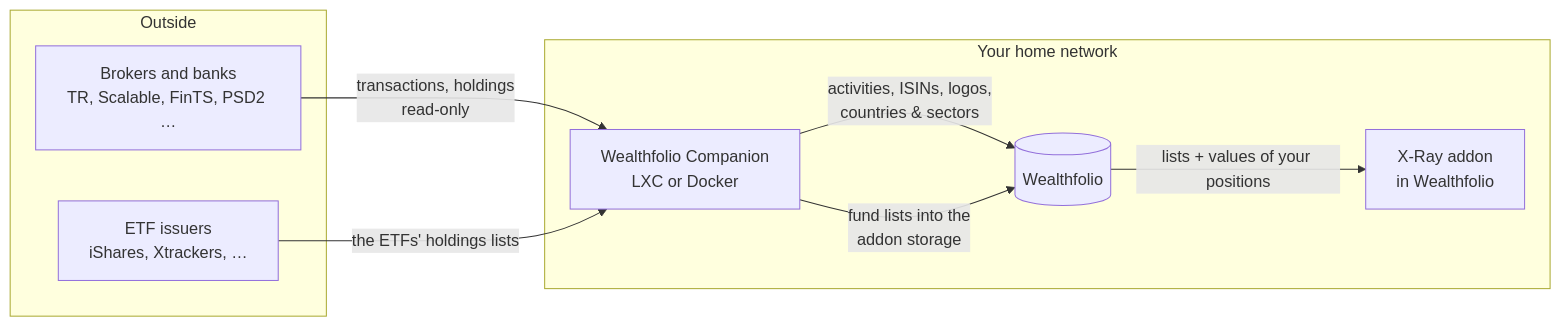
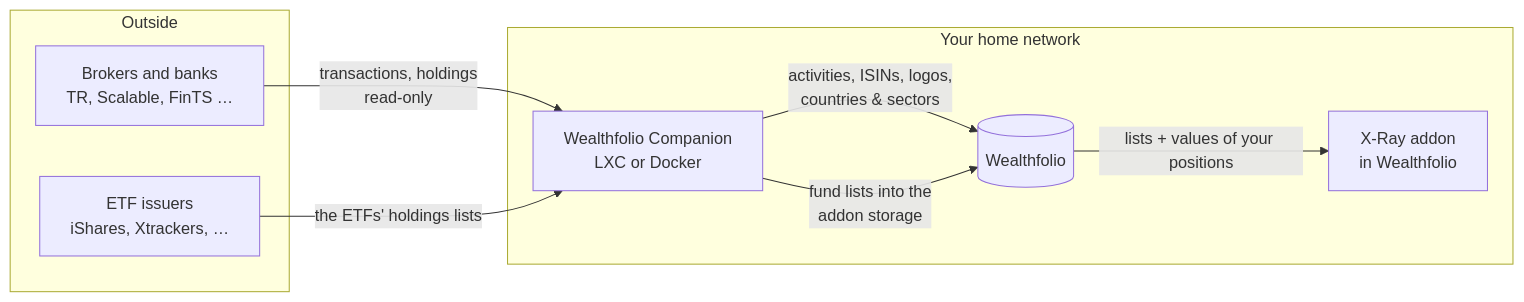
One commit to waldonso2/wealthfolio-companion changed the diagram in README.md. Above: the diagram before and after it, drawn with Mermaid. The commit also changed other lines of this file and 16 other files, not shown here.

````diff
--- a/README.md
+++ b/README.md
@@ -37,17 +37,17 @@
 ```mermaid
 flowchart LR
   subgraph outside[Outside]
-    B[Brokers and banks<br/>TR, Scalable, FinTS, PSD2 …]
+    B[Brokers and banks<br/>TR, Scalable, FinTS …]
     A[ETF issuers<br/>iShares, Xtrackers, …]
   end
   subgraph home[Your home network]
     C[Wealthfolio Companion<br/>LXC or Docker]
     W[(Wealthfolio)]
     X[X-Ray addon<br/>in Wealthfolio]
   end
   B -->|transactions, holdings<br/>read-only| C
   A -->|the ETFs' holdings lists| C
   C -->|activities, ISINs, logos,<br/>countries & sectors| W
   C -->|fund lists into the<br/>addon storage| W
   W -->|lists + values of your positions| X
 ```
````
